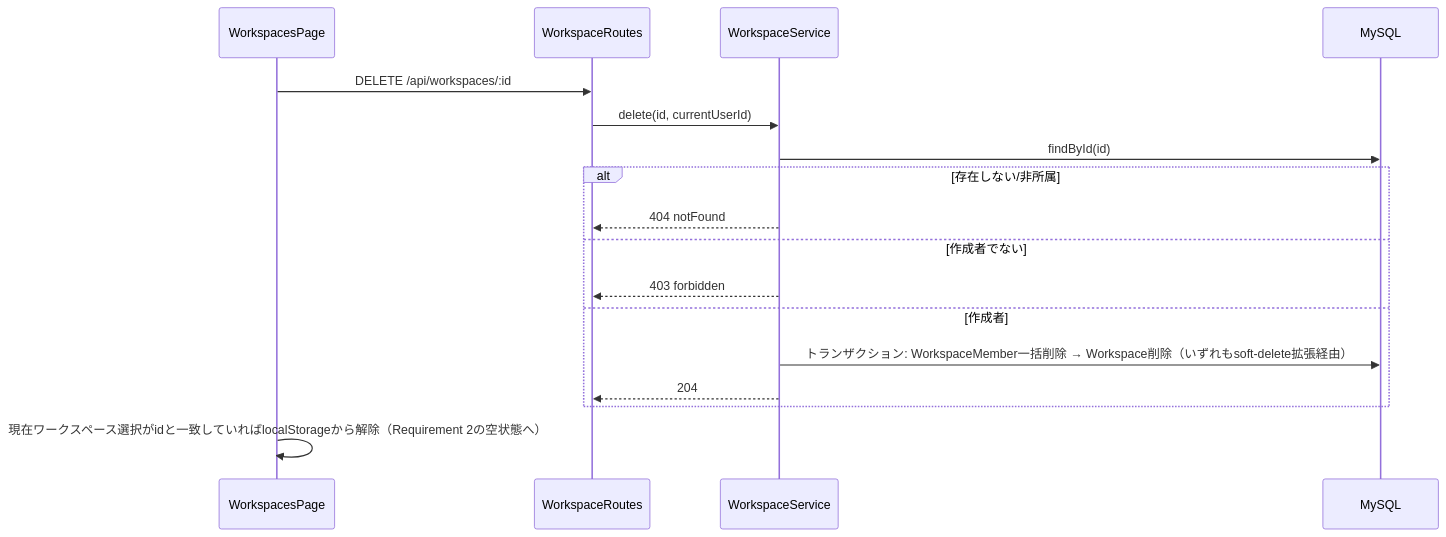
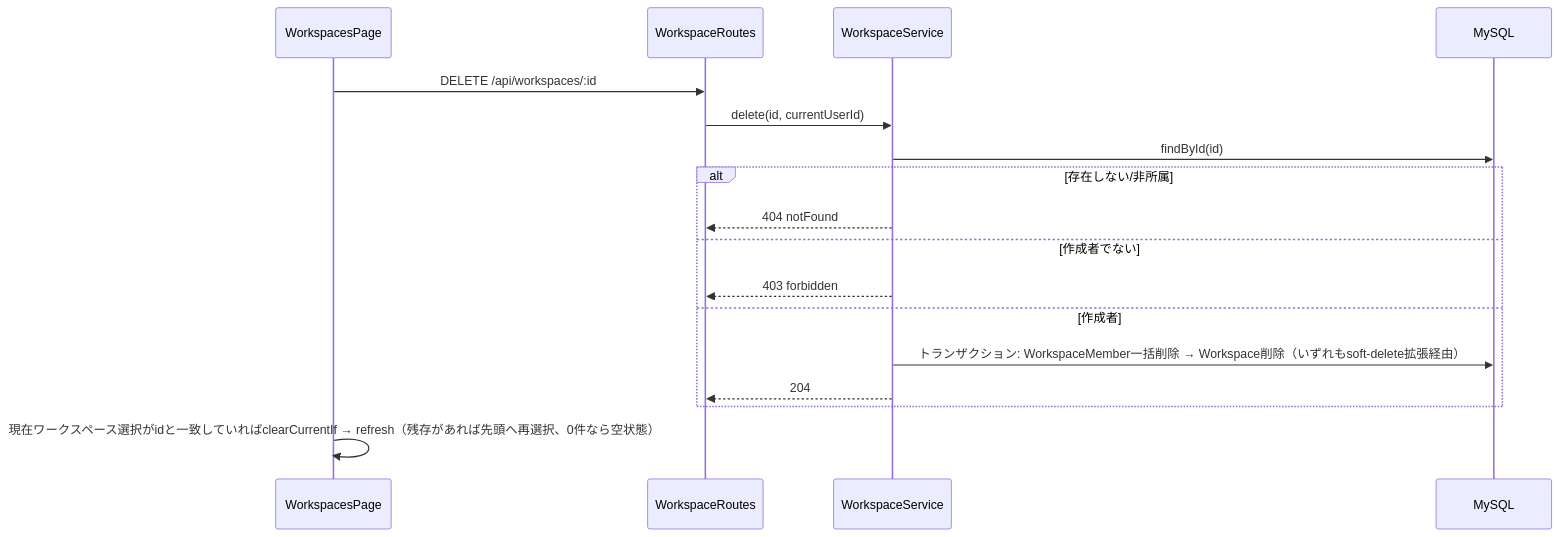
The third of 3 diagrams in .kiro/specs/workspace-membership/design.md (karasaki-wasabi/project-task-management), drawn with Mermaid before and after one commit. The commit also changed other lines of this file and 9 other files, not shown here.

````diff
--- a/.kiro/specs/workspace-membership/design.md
+++ b/.kiro/specs/workspace-membership/design.md
@@ -183,19 +183,19 @@
 ```mermaid
 sequenceDiagram
   participant U as WorkspacesPage
   participant API as WorkspaceRoutes
   participant WS as WorkspaceService
   participant DB as MySQL
   U->>API: DELETE /api/workspaces/:id
   API->>WS: delete(id, currentUserId)
   WS->>DB: findById(id)
   alt 存在しない/非所属
     WS-->>API: 404 notFound
   else 作成者でない
     WS-->>API: 403 forbidden
   else 作成者
     WS->>DB: トランザクション: WorkspaceMember一括削除 → Workspace削除（いずれもsoft-delete拡張経由）
     WS-->>API: 204
   end
-  U->>U: 現在ワークスペース選択がidと一致していればlocalStorageから解除（Requirement 2の空状態へ）
+  U->>U: 現在ワークスペース選択がidと一致していればclearCurrentIf → refresh（残存があれば先頭へ再選択、0件なら空状態）
 ```
````
